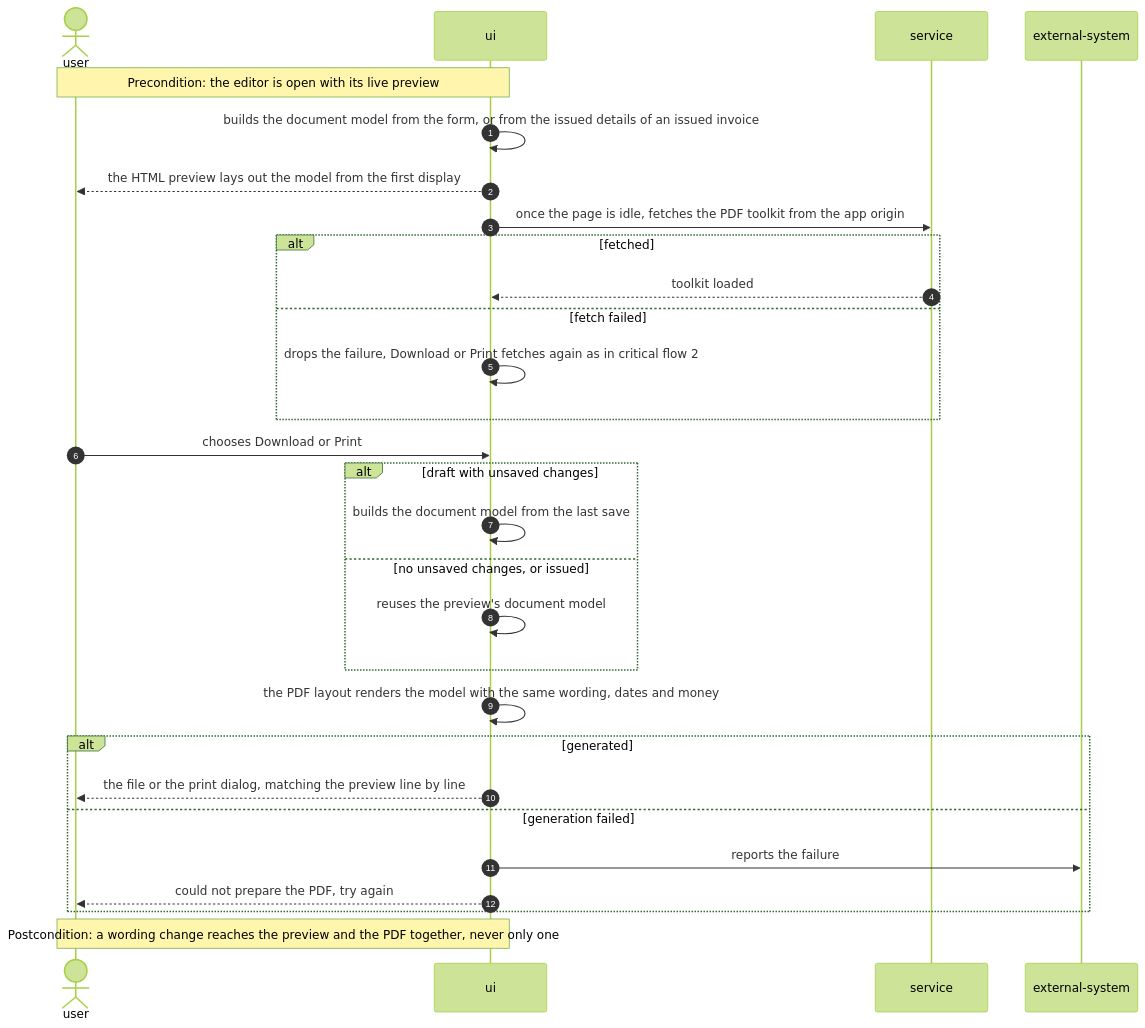
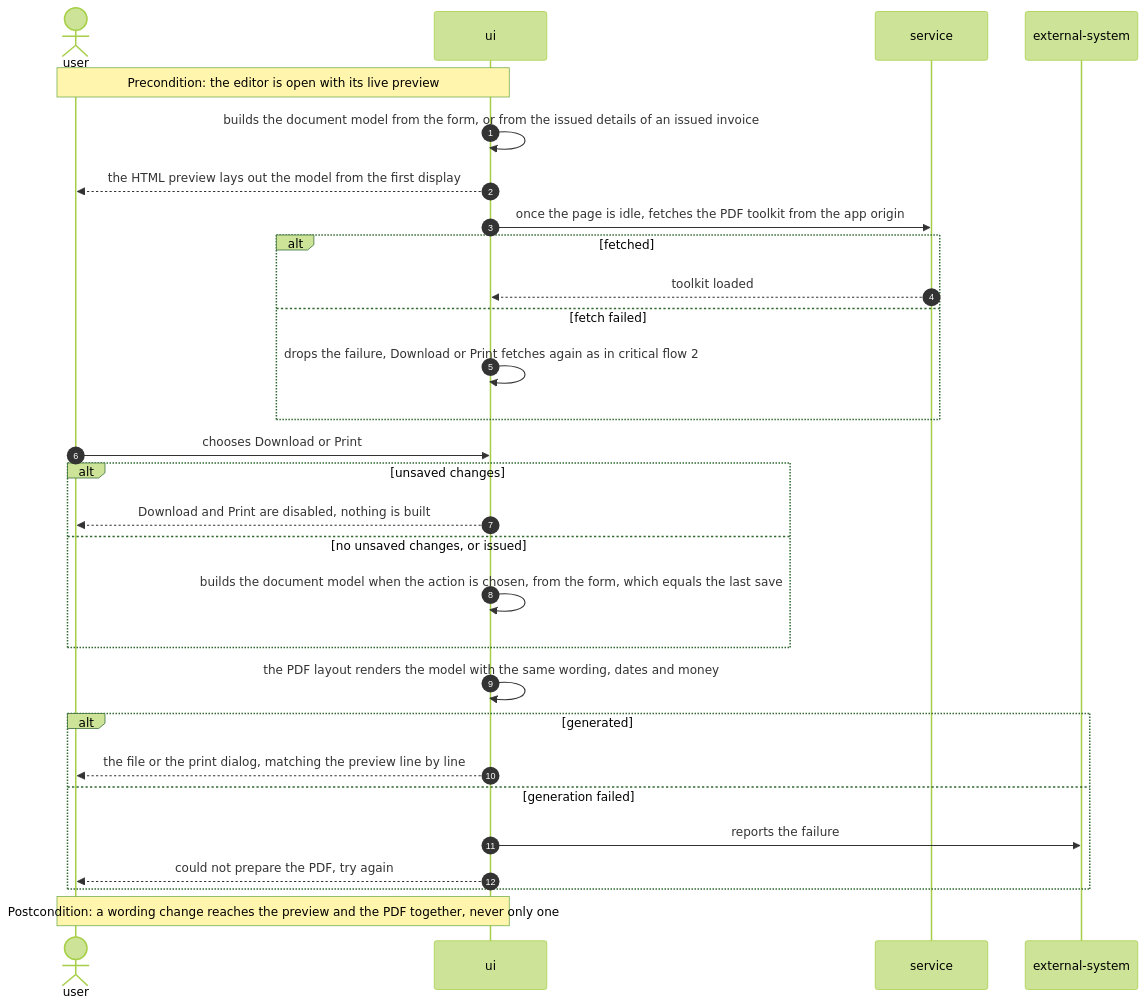
The tenth of 12 diagrams in docs/features/editor-ux/sad.md (GopkoDev/invoiceForge), drawn with Mermaid (forest theme) before and after one commit. The commit also changed other lines of this file and 7 other files, not shown here.

First line of the commit message:
docs(editor-ux): record the store hand-over in the ADRs and fix the remaining PDF wording in ux-flows and the SAD

````diff
--- a/docs/features/editor-ux/sad.md
+++ b/docs/features/editor-ux/sad.md
@@ -457,32 +457,32 @@
 ```mermaid
 sequenceDiagram
     autonumber
     actor U as user
     participant UI as ui
     participant S as service
     participant X as external-system
 
     Note over U,UI: Precondition: the editor is open with its live preview
     UI->>UI: builds the document model from the form, or from the issued details of an issued invoice
     UI-->>U: the HTML preview lays out the model from the first display
     UI->>S: once the page is idle, fetches the PDF toolkit from the app origin
     alt fetched
         S-->>UI: toolkit loaded
     else fetch failed
         UI->>UI: drops the failure, Download or Print fetches again as in critical flow 2
     end
     U->>UI: chooses Download or Print
-    alt draft with unsaved changes
-        UI->>UI: builds the document model from the last save
+    alt unsaved changes
+        UI-->>U: Download and Print are disabled, nothing is built
     else no unsaved changes, or issued
-        UI->>UI: reuses the preview's document model
+        UI->>UI: builds the document model when the action is chosen, from the form, which equals the last save
     end
     UI->>UI: the PDF layout renders the model with the same wording, dates and money
     alt generated
         UI-->>U: the file or the print dialog, matching the preview line by line
     else generation failed
         UI->>X: reports the failure
         UI-->>U: could not prepare the PDF, try again
     end
     Note over U,UI: Postcondition: a wording change reaches the preview and the PDF together, never only one
 ```
````
